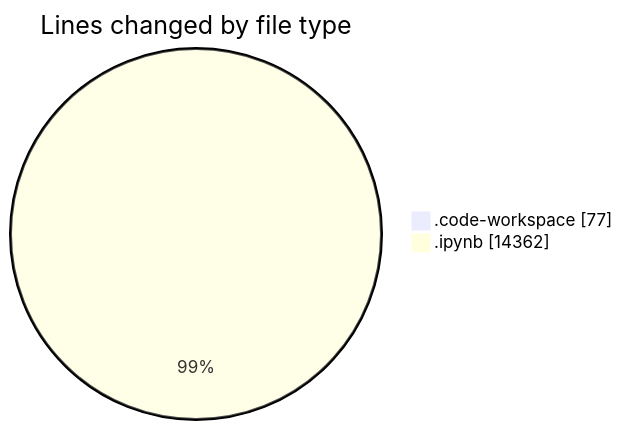
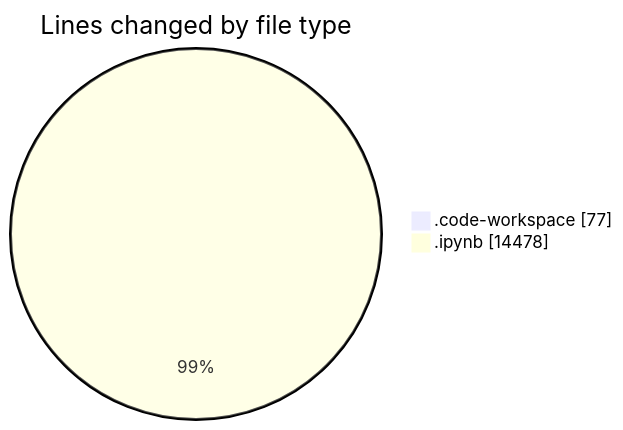
The first of 2 diagrams in 2025-03-14/myws__workspace_/README.md (MatusMokan/code-tracking), drawn with Mermaid before and after one commit. The commit also changed other lines of this file and 1 other file, not shown here.

````diff
--- a/2025-03-14/myws__workspace_/README.md
+++ b/2025-03-14/myws__workspace_/README.md
@@ -21,6 +21,6 @@
 ```mermaid
 pie showData
 title Lines changed by file type
 ".code-workspace" : 77
-".ipynb" : 14362
+".ipynb" : 14478
 ```
````
